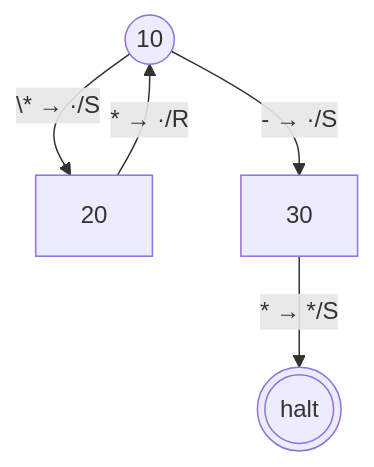
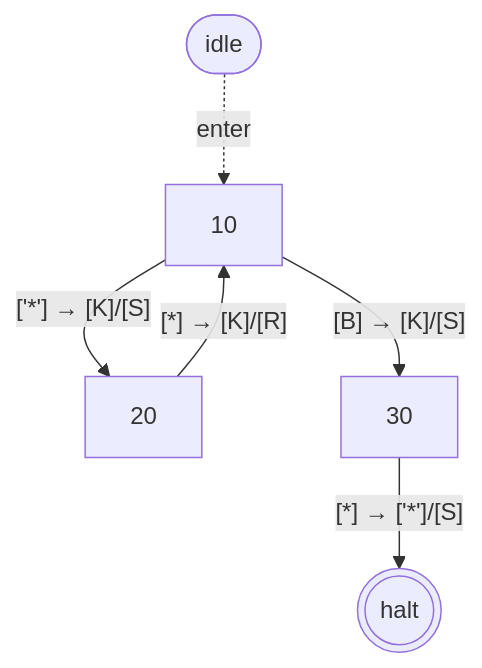
The second of 4 diagrams in packages/machine/README.md (mellonis/post-machine-js), drawn with Mermaid before and after one commit. The commit also changed other lines of this file and 13 other files, not shown here.

First line of the commit message:
v7 adoption: rename + paren naming + Mermaid overhaul

````diff
--- a/packages/machine/README.md
+++ b/packages/machine/README.md
@@ -80,12 +80,14 @@
 ```mermaid
 flowchart TD
 %% alphabets: [[" ","*"]]
   s0(((halt)))
-  s1(("10"))
+  s1["10"]
   s2["20"]
   s3["30"]
-  s1 -- "\* → ·/S" --> s2
-  s1 -- "- → ·/S" --> s3
-  s2 -- "* → ·/R" --> s1
-  s3 -- "* → */S" --> s0
+  idle([idle])
+  idle -. enter .-> s1
+  s1 -- "['*'] → [K]/[S]" --> s2
+  s1 -- "[B] → [K]/[S]" --> s3
+  s2 -- "[*] → [K]/[R]" --> s1
+  s3 -- "[*] → ['*']/[S]" --> s0
 ```
````
